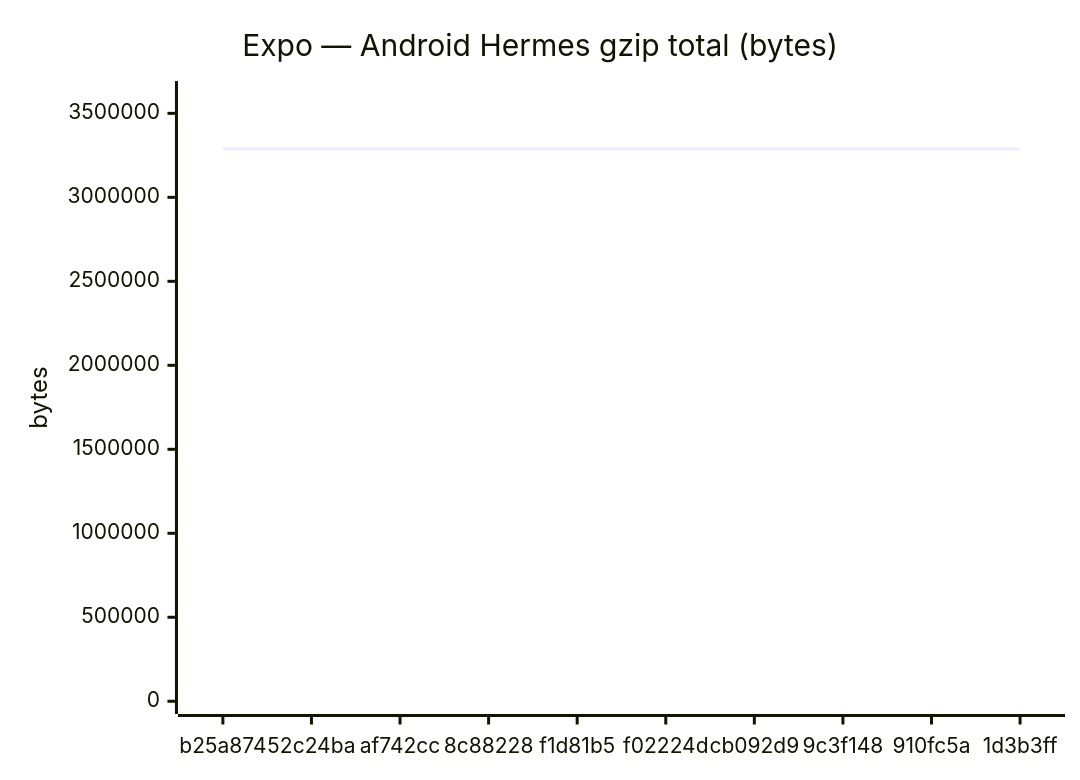
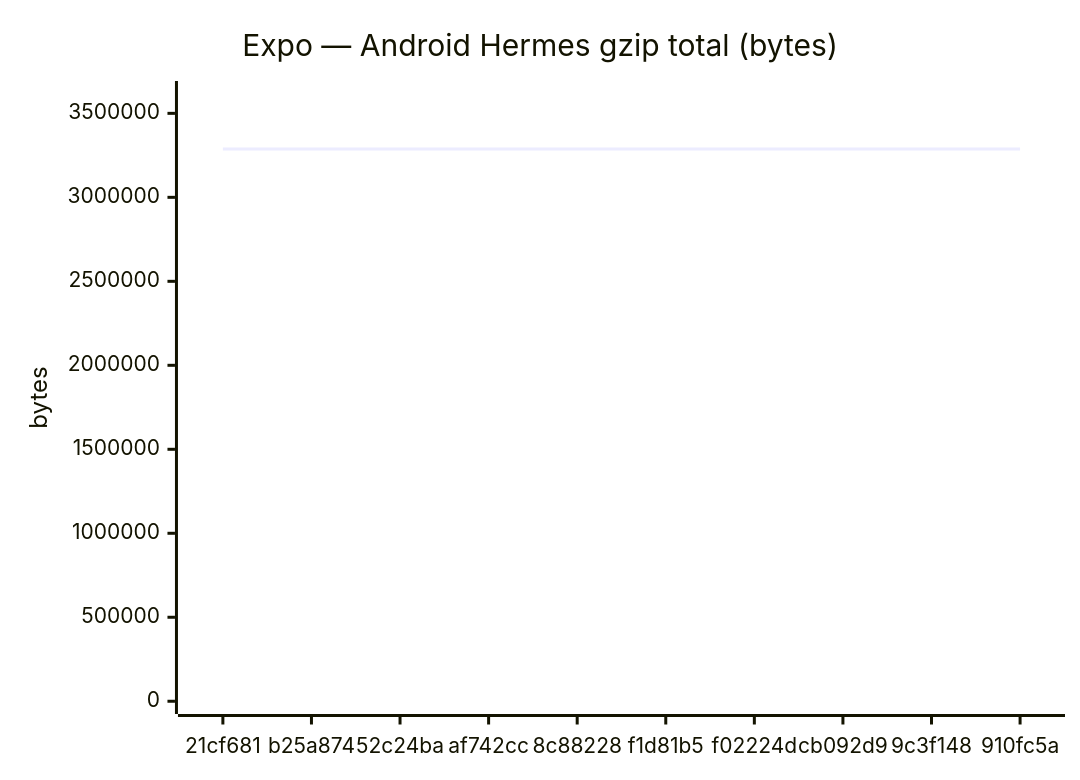
One commit to Metaheurist/Rianell changed the fifth of 18 diagrams in benchmarks/compare.md. Above: the diagram before and after it, drawn with Mermaid. The commit also changed other lines of this file and 11 other files, not shown here.

````diff
--- a/benchmarks/compare.md
+++ b/benchmarks/compare.md
@@ -89,7 +89,7 @@
 ```mermaid
 xychart-beta
     title "Expo — Android Hermes gzip total (bytes)"
-    x-axis ["b25a874", "52c24ba", "af742cc", "8c88228", "f1d81b5", "f02224d", "cb092d9", "9c3f148", "910fc5a", "1d3b3ff"]
+    x-axis ["21cf681", "b25a874", "52c24ba", "af742cc", "8c88228", "f1d81b5", "f02224d", "cb092d9", "9c3f148", "910fc5a"]
     y-axis "bytes" 0 --> 3616656
-    line [3287424, 3287423, 3287424, 3287869, 3287424, 3287426, 3287424, 3287424, 3287869, 3287424]
+    line [3287427, 3287424, 3287423, 3287424, 3287869, 3287424, 3287426, 3287424, 3287424, 3287869]
 ```
````
